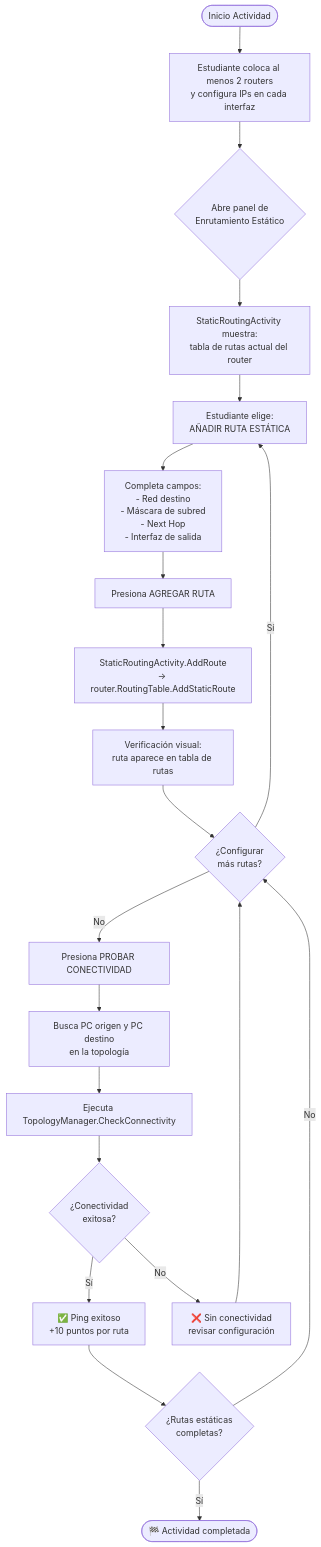
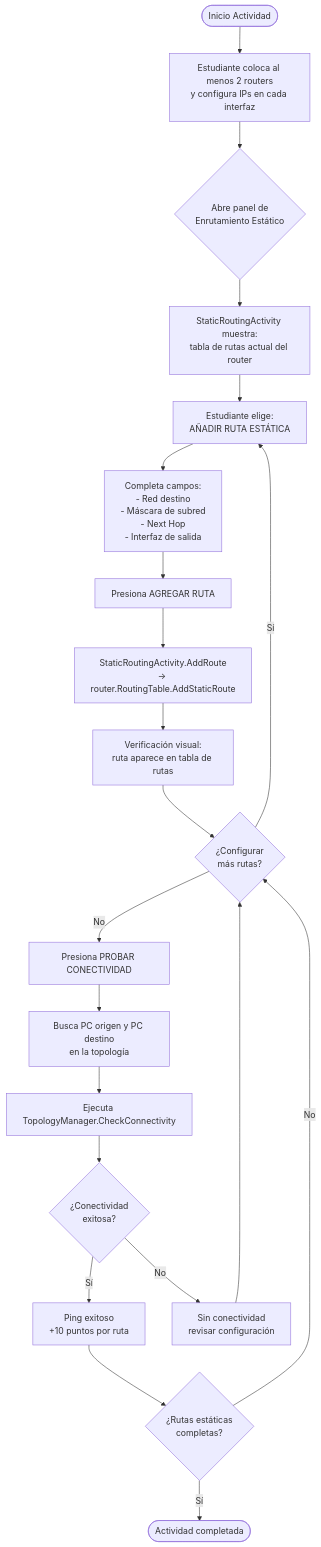
The diagram in docs/diagrams/17-activity-static.md (Josmarinr/ProyectoGI_SimuladorRedesIDEUM), drawn with Mermaid before and after one commit. The commit also changed 15 other files, not shown here.

````diff
--- a/docs/diagrams/17-activity-static.md
+++ b/docs/diagrams/17-activity-static.md
@@ -5,35 +5,35 @@
 ```mermaid
 graph TB
     A([Inicio Actividad]) --> B[Estudiante coloca al menos 2 routers<br/>y configura IPs en cada interfaz]
 
     B --> C{Abre panel de<br/>Enrutamiento Estático}
 
     C --> D[StaticRoutingActivity muestra:<br/>tabla de rutas actual del router]
 
     D --> E[Estudiante elige:<br/>AÑADIR RUTA ESTÁTICA]
 
     E --> F[Completa campos:<br/>- Red destino<br/>- Máscara de subred<br/>- Next Hop<br/>- Interfaz de salida]
 
     F --> G[Presiona AGREGAR RUTA]
 
     G --> H[StaticRoutingActivity.AddRoute<br/>→ router.RoutingTable.AddStaticRoute]
 
     H --> I[Verificación visual:<br/>ruta aparece en tabla de rutas]
 
     I --> J{¿Configurar<br/>más rutas?}
     J -->|Sí| E
     J -->|No| K[Presiona PROBAR CONECTIVIDAD]
 
     K --> L[Busca PC origen y PC destino<br/>en la topología]
     L --> M[Ejecuta TopologyManager.CheckConnectivity]
 
     M --> N{¿Conectividad<br/>exitosa?}
-    N -->|Sí| O[✅ Ping exitoso<br/>+10 puntos por ruta]
-    N -->|No| P[❌ Sin conectividad<br/>revisar configuración]
+    N -->|Sí| O[Ping exitoso<br/>+10 puntos por ruta]
+    N -->|No| P[Sin conectividad<br/>revisar configuración]
 
     O --> Q{¿Rutas estáticas<br/>completas?}
-    Q -->|Sí| R([🏁 Actividad completada])
+    Q -->|Sí| R([Actividad completada])
     Q -->|No| J
 
     P --> J
 ```
````
